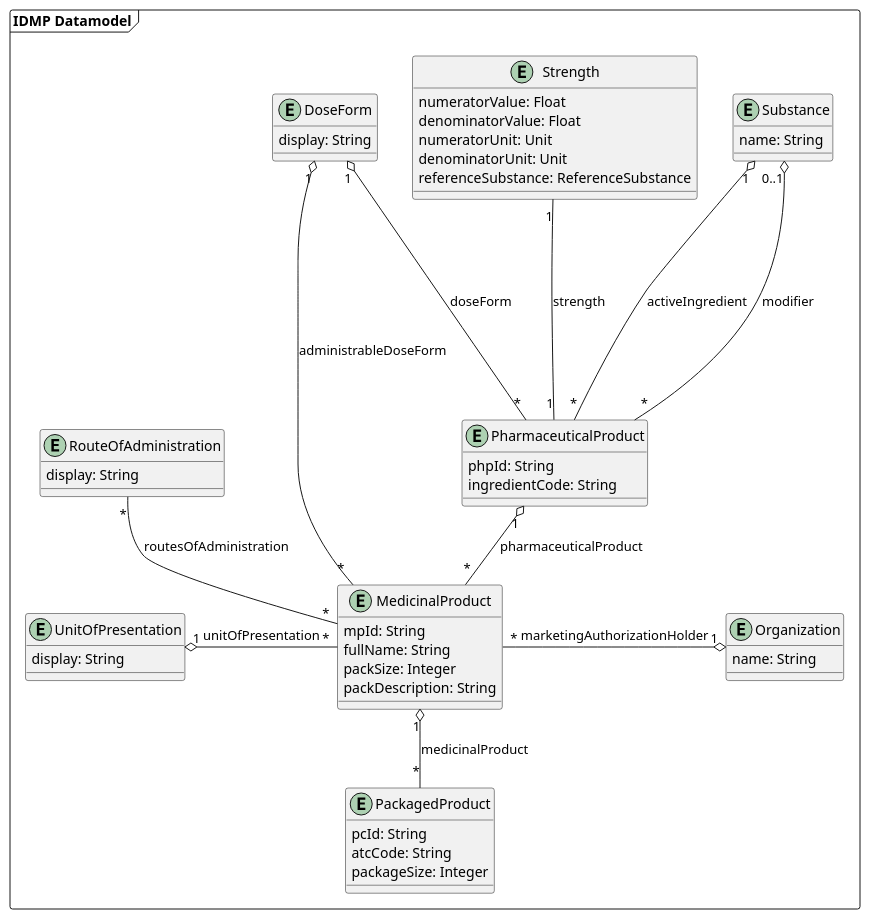
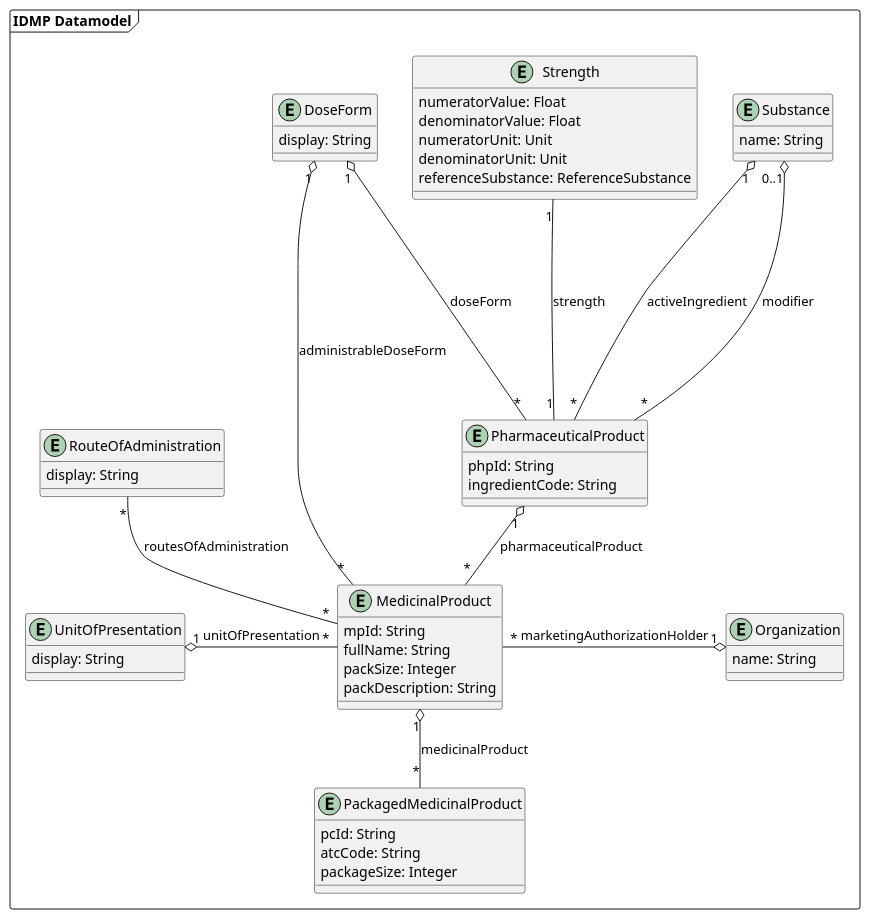
The diagram in uml/class/datamodel.puml (unicom-project-eu/wp6-db-api), drawn with PlantUML before and after one commit. The commit also changed 1 other file, not shown here.

Commit message:
Renamed PackagedProduct into PackagedMedicinalProduct

```diff
--- a/uml/class/datamodel.puml
+++ b/uml/class/datamodel.puml
@@ -1,69 +1,69 @@
 @startuml
 'https://plantuml.com/class-diagram
 
 package "IDMP Datamodel" as idmpDatamodel <<frame>> {
     entity RouteOfAdministration {
         display: String
     }
 
     entity UnitOfPresentation {
         display: String
     }
 
     together {
         entity DoseForm {
             display: String
         }
 
         entity Strength {
             numeratorValue: Float
             denominatorValue: Float
             numeratorUnit: Unit
             denominatorUnit: Unit
             referenceSubstance: ReferenceSubstance
         }
 
         entity Substance {
             name: String
         }
     }
 
     entity PharmaceuticalProduct {
         phpId: String
         ingredientCode: String
     }
 
     entity MedicinalProduct {
         mpId: String
         fullName: String
         packSize: Integer
         packDescription: String
     }
 
-    entity PackagedProduct {
+    entity PackagedMedicinalProduct {
         pcId: String
         atcCode: String
         packageSize: Integer
     }
 
     entity Organization {
         name: String
     }
 
     Substance "1" o---- "*" PharmaceuticalProduct : activeIngredient
     Substance "0..1" o---- "*" PharmaceuticalProduct : modifier
     DoseForm "1" o-- "*" PharmaceuticalProduct : doseForm
     Strength "1" -- "1" PharmaceuticalProduct : strength
 
     PharmaceuticalProduct "1" o-- "*" MedicinalProduct : pharmaceuticalProduct
 
-    MedicinalProduct "1" o-- "*" PackagedProduct : medicinalProduct
+    MedicinalProduct "1" o-- "*" PackagedMedicinalProduct : medicinalProduct
     MedicinalProduct "*" --o "1" DoseForm : administrableDoseForm
     RouteOfAdministration "*" - "*" MedicinalProduct : routesOfAdministration
     UnitOfPresentation "1" o- "*" MedicinalProduct : unitOfPresentation
 
     MedicinalProduct "*" -o "1" Organization : marketingAuthorizationHolder
 
     RouteOfAdministration -[hidden]-> UnitOfPresentation
 }
 @enduml
```
